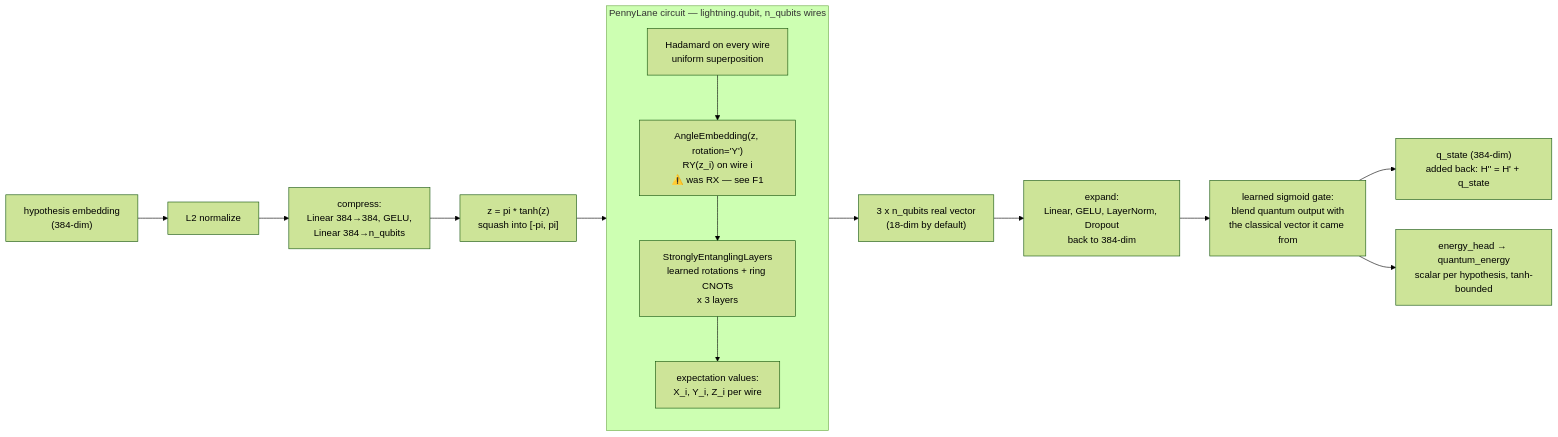
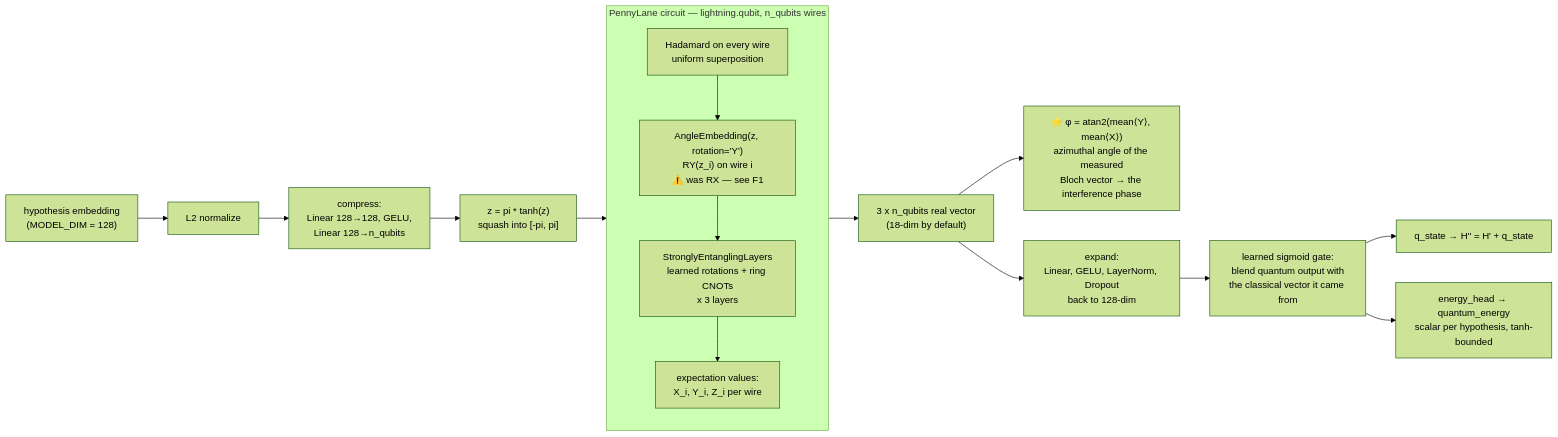
One commit to Thorfast191/qAIR-CSE499B changed the fourth of 7 diagrams in README.md. Above: the diagram before and after it, drawn with Mermaid (forest theme). The commit also changed other lines of this file and 25 other files, not shown here.

````diff
--- a/README.md
+++ b/README.md
@@ -334,20 +408,21 @@
 ```mermaid
 flowchart LR
-    H["hypothesis embedding<br/>(384-dim)"] --> N["L2 normalize"]
-    N --> C["compress:<br/>Linear 384→384, GELU,<br/>Linear 384→n_qubits"]
+    H["hypothesis embedding<br/>(MODEL_DIM = 128)"] --> N["L2 normalize"]
+    N --> C["compress:<br/>Linear 128→128, GELU,<br/>Linear 128→n_qubits"]
     C --> S["z = pi * tanh(z)<br/>squash into [-pi, pi]"]
     S --> CIRC
 
     subgraph CIRC["PennyLane circuit — lightning.qubit, n_qubits wires"]
         direction TB
         HAD["Hadamard on every wire<br/>uniform superposition"] --> EMB["AngleEmbedding(z, rotation='Y')<br/>RY(z_i) on wire i<br/>⚠️ was RX — see F1"]
         EMB --> ENT["StronglyEntanglingLayers<br/>learned rotations + ring CNOTs<br/>x 3 layers"]
         ENT --> MEAS["expectation values:<br/>X_i, Y_i, Z_i per wire"]
     end
 
     CIRC --> V["3 x n_qubits real vector<br/>(18-dim by default)"]
-    V --> EX["expand:<br/>Linear, GELU, LayerNorm, Dropout<br/>back to 384-dim"]
+    V --> PHASE["⭐ φ = atan2(mean⟨Y⟩, mean⟨X⟩)<br/>azimuthal angle of the measured<br/>Bloch vector → the interference phase"]
+    V --> EX["expand:<br/>Linear, GELU, LayerNorm, Dropout<br/>back to 128-dim"]
     EX --> GATE["learned sigmoid gate:<br/>blend quantum output with<br/>the classical vector it came from"]
-    GATE --> QSTATE["q_state (384-dim)<br/>added back: H'' = H' + q_state"]
+    GATE --> QSTATE["q_state → H'' = H' + q_state"]
     GATE --> EHEAD["energy_head → quantum_energy<br/>scalar per hypothesis, tanh-bounded"]
 ```
````
